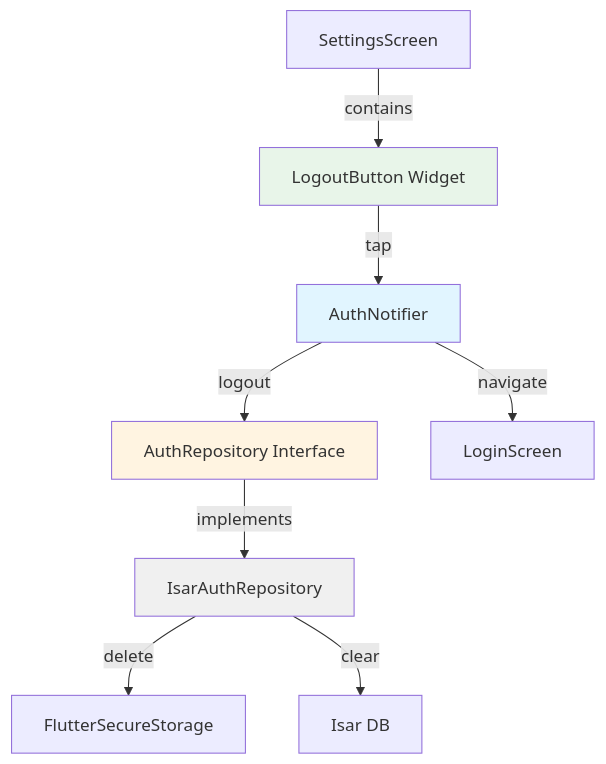
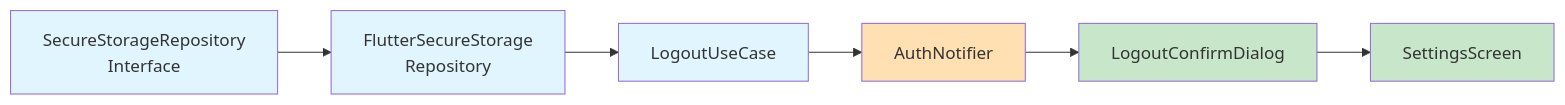
One commit to pcepyon/n06 changed the second of 2 diagrams in docs/010/plan.md. Above: the diagram before and after it, drawn with Mermaid. The commit also changed other lines of this file and 18 other files, not shown here.

````diff
--- a/docs/010/plan.md
+++ b/docs/010/plan.md
@@ -19,16 +410,15 @@
 ```mermaid
-graph TD
-    A[LogoutButton Widget] -->|tap| B[AuthNotifier]
-    B -->|logout| C[AuthRepository Interface]
-    C -->|implements| D[IsarAuthRepository]
-    D -->|delete| E[FlutterSecureStorage]
-    D -->|clear| F[Isar DB]
-    B -->|navigate| G[LoginScreen]
+graph LR
+    A[SecureStorageRepository<br/>Interface] --> B[FlutterSecureStorage<br/>Repository]
+    B --> C[LogoutUseCase]
+    C --> D[AuthNotifier]
+    D --> E[LogoutConfirmDialog]
+    E --> F[SettingsScreen]
 
-    H[SettingsScreen] -->|contains| A
-
+    style A fill:#e1f5ff
     style B fill:#e1f5ff
-    style C fill:#fff4e1
-    style D fill:#f0f0f0
-    style A fill:#e8f5e9
+    style C fill:#e1f5ff
+    style D fill:#ffe0b2
+    style E fill:#c8e6c9
+    style F fill:#c8e6c9
 ```
````
